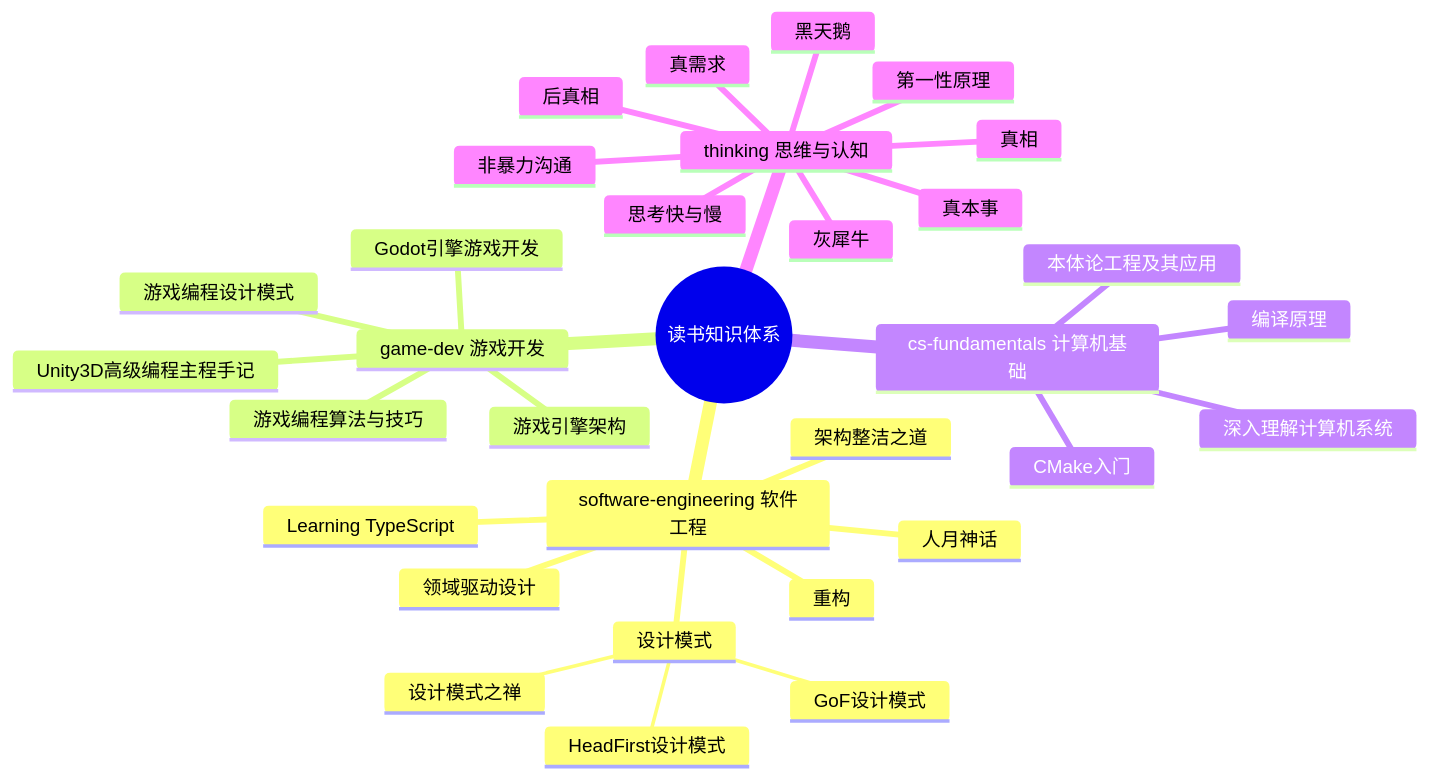
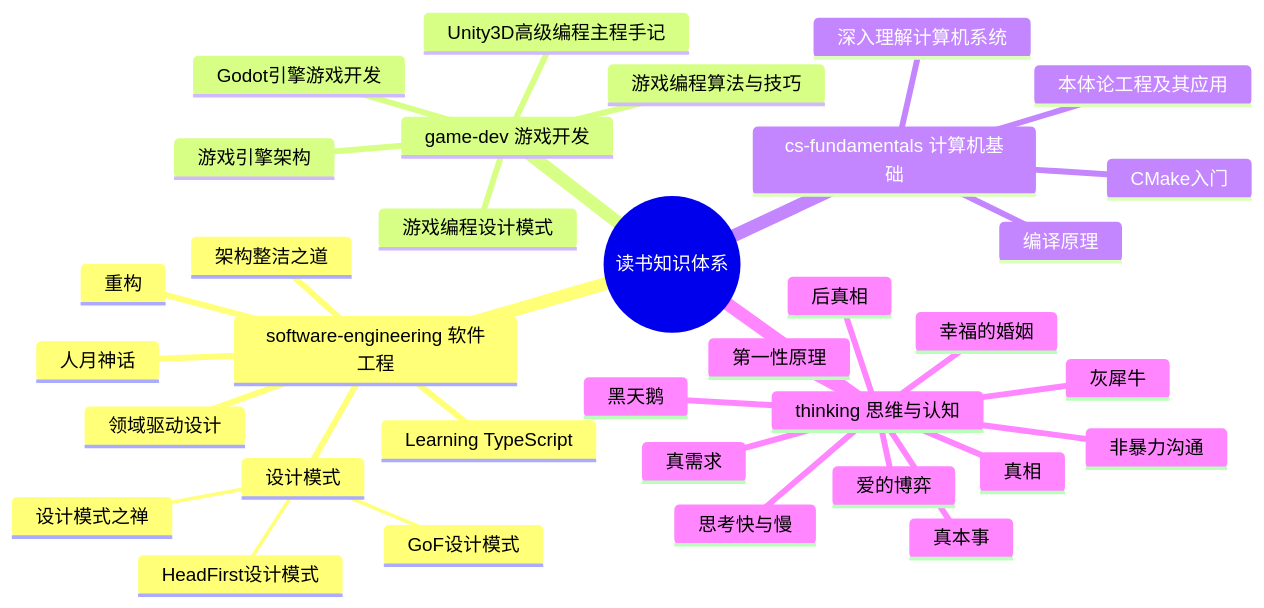
The first of 2 diagrams in books/知识关联图谱.md (hongyesuifeng/readbooks), drawn with Mermaid before and after one commit. The commit also changed other lines of this file and 2 other files, not shown here.

Commit message:
新增《爱的博弈》《幸福的婚姻》读书笔记，更新知识关联图谱

````diff
--- a/books/知识关联图谱.md
+++ b/books/知识关联图谱.md
@@ -9,35 +9,37 @@
 ```mermaid
 mindmap
   root((读书知识体系))
     software-engineering 软件工程
       设计模式
         GoF设计模式
         HeadFirst设计模式
         设计模式之禅
       重构
       架构整洁之道
       领域驱动设计
       人月神话
       Learning TypeScript
     game-dev 游戏开发
       游戏引擎架构
       游戏编程设计模式
       游戏编程算法与技巧
       Godot引擎游戏开发
       Unity3D高级编程主程手记
     cs-fundamentals 计算机基础
       编译原理
       深入理解计算机系统
       本体论工程及其应用
       CMake入门
     thinking 思维与认知
       第一性原理
       思考快与慢
       真本事
       非暴力沟通
       真需求
       黑天鹅
       灰犀牛
       真相
       后真相
+      爱的博弈
+      幸福的婚姻
 ```
````
